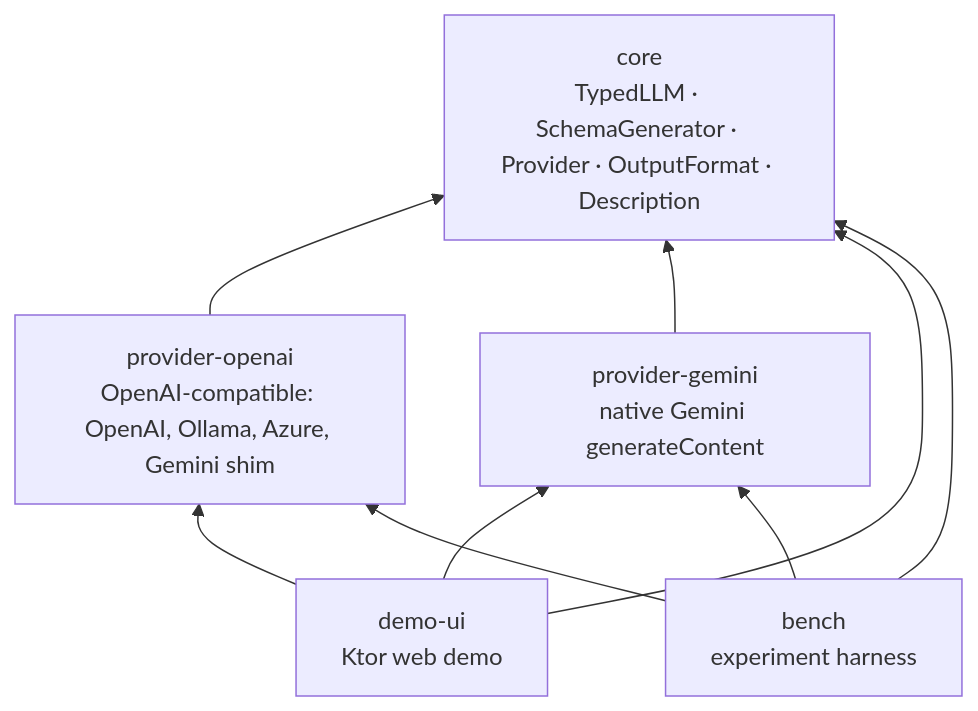
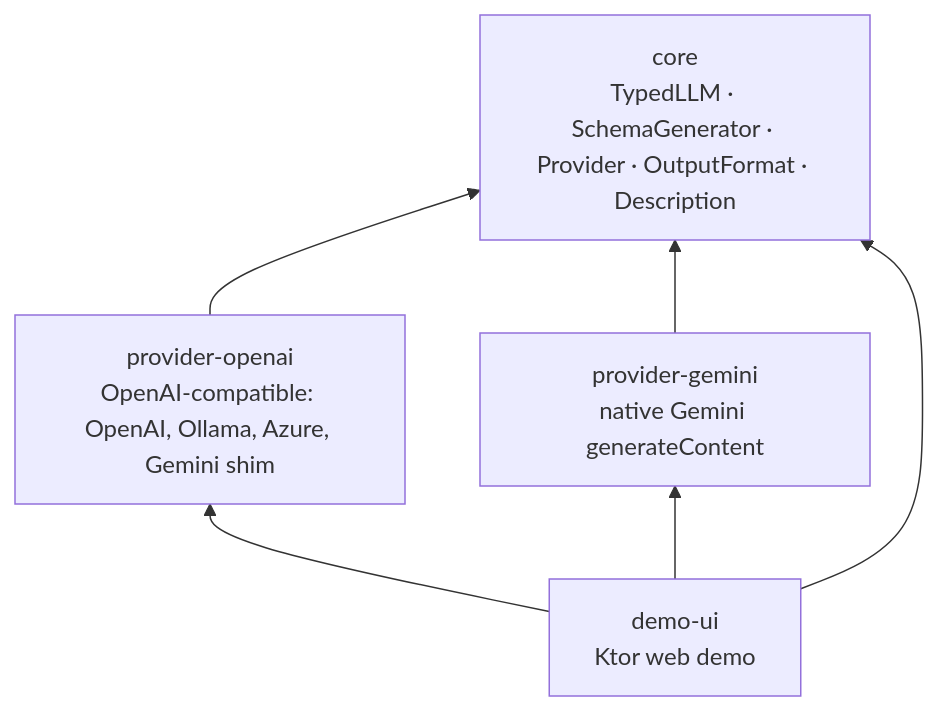
The third of 4 diagrams in background-information/architecture.md (rhit-kennym1/type-safe-llm), drawn with Mermaid before and after one commit. The commit also changed other lines of this file and 49 other files, not shown here.

````diff
--- a/background-information/architecture.md
+++ b/background-information/architecture.md
@@ -78,16 +78,12 @@
 ```mermaid
 flowchart BT
     core["core<br/>TypedLLM · SchemaGenerator · Provider · OutputFormat · Description"]
     openai["provider-openai<br/>OpenAI-compatible: OpenAI, Ollama, Azure, Gemini shim"]
     gemini["provider-gemini<br/>native Gemini generateContent"]
     demo["demo-ui<br/>Ktor web demo"]
-    bench["bench<br/>experiment harness"]
     openai --> core
     gemini --> core
     demo --> core
     demo --> openai
     demo --> gemini
-    bench --> core
-    bench --> openai
-    bench --> gemini
 ```
````
